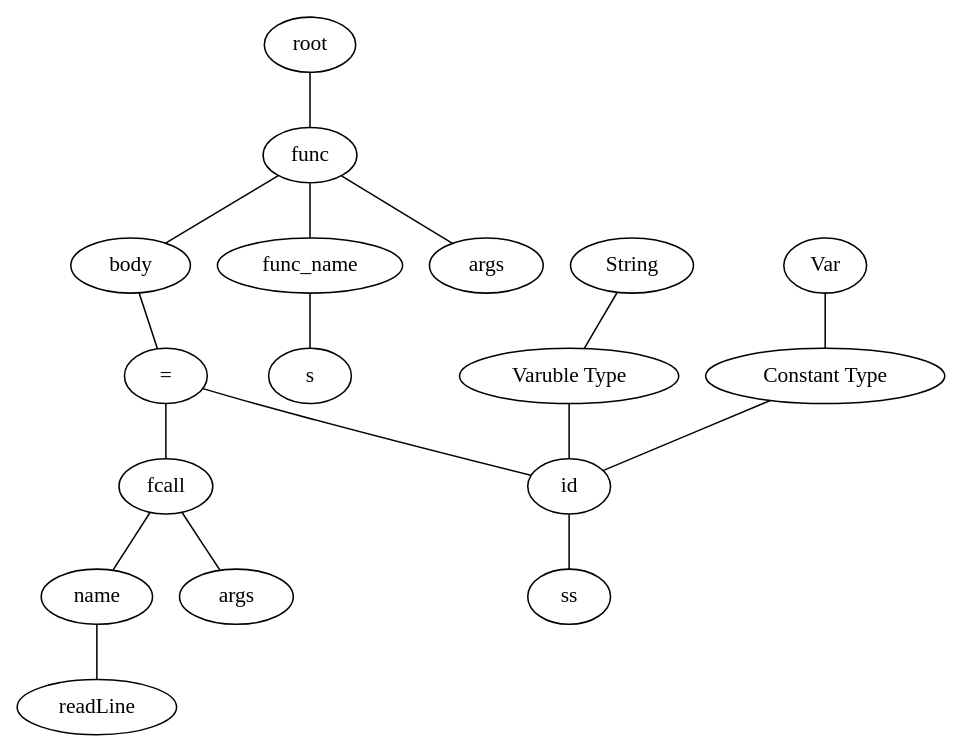
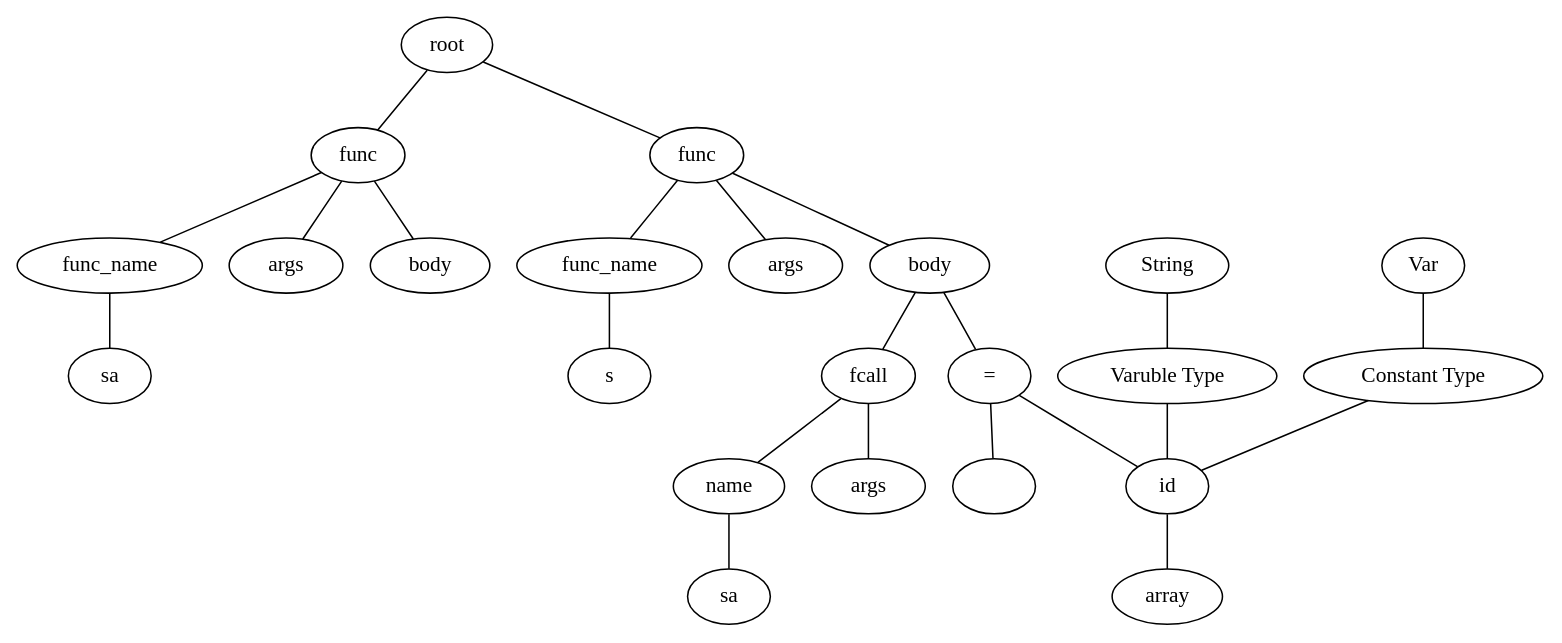
Before and after one commit to TAIIOK/SwiftCompilerToJavaByteCode: the diagram in build/file.dot, drawn with Graphviz. The commit also changed 8 other files, not shown here.

```diff
--- a/build/file.dot
+++ b/build/file.dot
@@ -1,35 +1,47 @@
 graph graphname {
 root;
 func0[label = "func"];
 root--func0;
 func0name[label = "func_name"];
-expr0[label = "s"];
+expr0[label = "sa"];
 func0name--expr0;
 func0--func0name;
 func0args[label = " args "];
 func0 -- func0args;
 func0body[label = " body "];
 func0 -- func0body;
+func1[label = "func"];
+root--func1;
+func1name[label = "func_name"];
+expr1[label = "s"];
+func1name--expr1;
+func1--func1name;
+func1args[label = " args "];
+func1 -- func1args;
+func1body[label = " body "];
+func1 -- func1body;
+expr2[label = "fcall"];
+func1body--expr2;
+expr2name[label = "name"];
+expr3[label = "sa"];
+expr2name--expr3;
+expr2--expr2name;
+expr2args[label = " args "];
+expr2 -- expr2args;
 assign0[label = "="];
-func0body--assign0;
-expr1[label = "id"];
-assign0--expr1;
+func1body--assign0;
+expr4[label = "id"];
+assign0--expr4;
 type0[label = "Varuble Type"];
-type0--expr1;
+type0--expr4;
 type1[label = "String"];
 type1--type0;
 consttype0[label = "Constant Type"];
-consttype0--expr1;
+consttype0--expr4;
 consttype1[label = "Var"];
 consttype1--consttype0;
-expr2[label = "ss"];
-expr1--expr2;
-expr3[label = "fcall"];
-assign0--expr3;
-expr3name[label = "name"];
-expr4[label = "readLine"];
-expr3name--expr4;
-expr3--expr3name;
-expr3args[label = " args "];
-expr3 -- expr3args;
+expr5[label = "array"];
+expr4--expr5;
+expr6[label = ""];
+assign0--expr6;
 }
```
